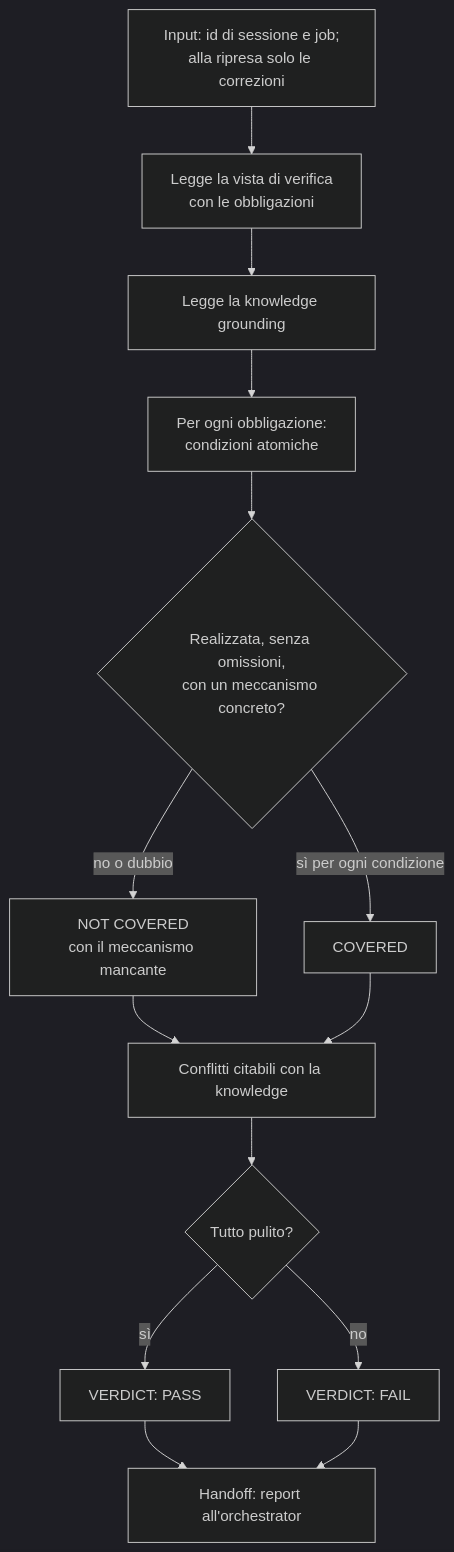
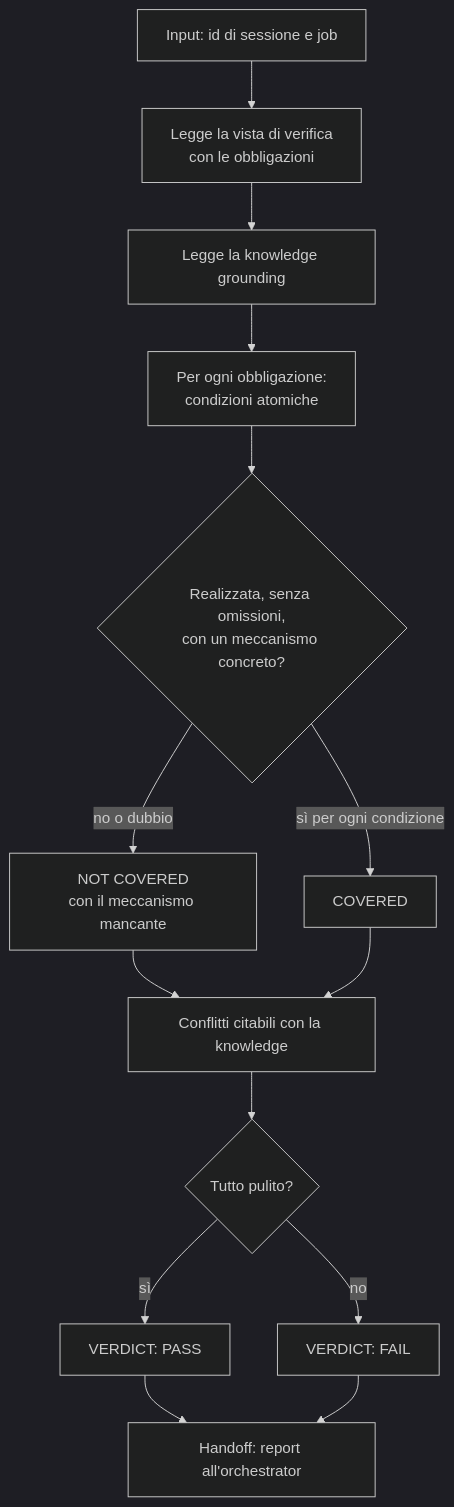
The diagram in orchestrator/role-maps/agents/design-verifier.md (violabg/agentic-system-lessons), drawn with Mermaid (dark theme) before and after one commit. The commit also changed other lines of this file and 69 other files, not shown here.

````diff
--- a/orchestrator/role-maps/agents/design-verifier.md
+++ b/orchestrator/role-maps/agents/design-verifier.md
@@ -17,16 +19,16 @@
 ```mermaid
 flowchart TD
-    Prompt[Input: id di sessione e job;<br/>alla ripresa solo le correzioni] --> View[Legge la vista di verifica<br/>con le obbligazioni]
+    Prompt[Input: id di sessione e job] --> View[Legge la vista di verifica<br/>con le obbligazioni]
     View --> K[Legge la knowledge grounding]
     K --> Split[Per ogni obbligazione:<br/>condizioni atomiche]
     Split --> Q{Realizzata, senza omissioni,<br/>con un meccanismo concreto?}
     Q -->|no o dubbio| NotCovered[NOT COVERED<br/>con il meccanismo mancante]
     Q -->|sì per ogni condizione| Covered[COVERED]
     NotCovered --> Conflicts[Conflitti citabili con la knowledge]
     Covered --> Conflicts
     Conflicts --> Verdict{Tutto pulito?}
     Verdict -->|sì| Pass[VERDICT: PASS]
     Verdict -->|no| Fail[VERDICT: FAIL]
     Pass --> Handoff[Handoff: report all'orchestrator]
     Fail --> Handoff
 ```
````
